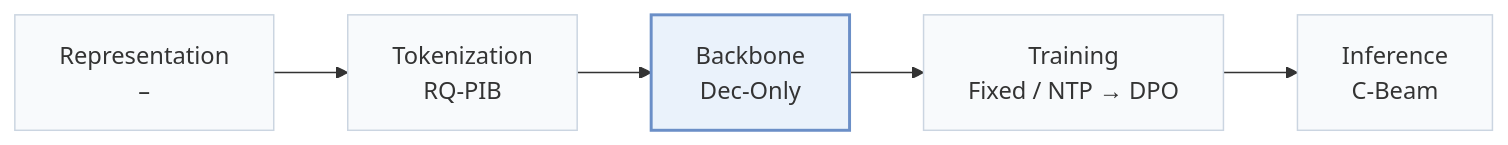
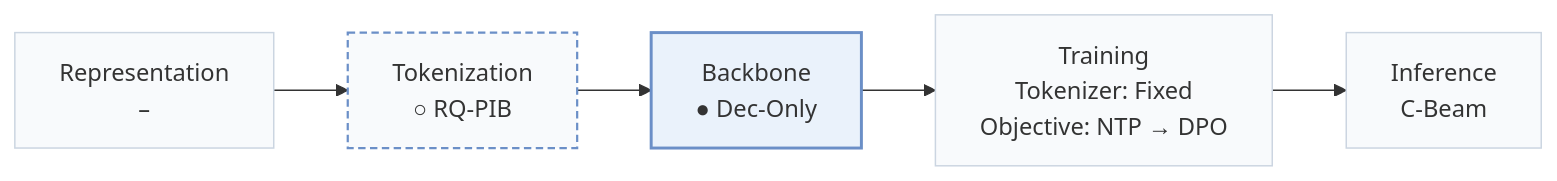
Before and after one commit to Galaxy-ghost/Awesome-SID-Generative-Rec: the first of 2 diagrams in pages/papers/spar-youku.md, drawn with Mermaid. The commit also changed other lines of this file and 558 other files, not shown here.

````diff
--- a/pages/papers/spar-youku.md
+++ b/pages/papers/spar-youku.md
@@ -15,8 +18,10 @@
 ```mermaid
 flowchart LR
-    R["Representation<br/>–"] --> T["Tokenization<br/>RQ-PIB"] --> B["Backbone<br/>Dec-Only"] --> TR["Training<br/>Fixed / NTP → DPO"] --> I["Inference<br/>C-Beam"]
+    R["Representation<br/>–"] --> T["Tokenization<br/>○ RQ-PIB"] --> B["Backbone<br/>● Dec-Only"] --> TR["Training<br/>Tokenizer: Fixed<br/>Objective: NTP → DPO"] --> I["Inference<br/>C-Beam"]
     classDef base fill:#f8fafc,stroke:#cbd5e1
     class R,T,B,TR,I base
+    classDef other fill:#f8fafc,stroke:#6b8fc7,stroke-width:1.5px,stroke-dasharray:5 3
+    class T other
     classDef main fill:#eaf2fb,stroke:#6b8fc7,stroke-width:2px
     class B main
 ```
````
